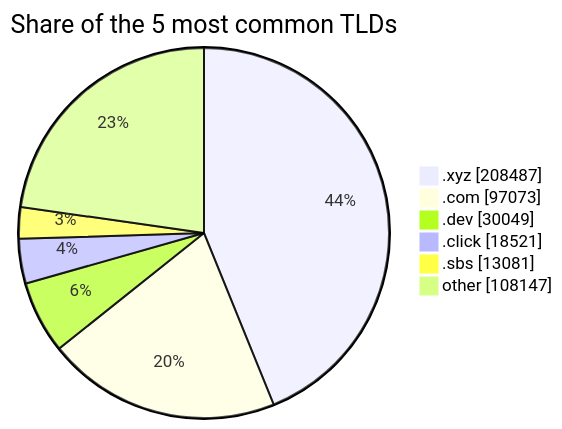
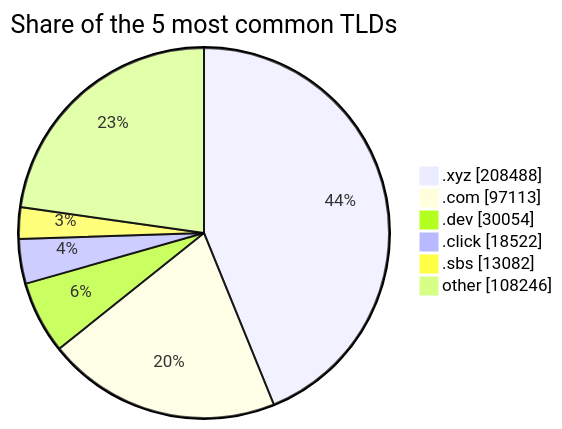
Before and after one commit to DNSBunker/CTI: the third of 3 diagrams in README.md, drawn with Mermaid. The commit also changed other lines of this file and 3 other files, not shown here.

````diff
--- a/README.md
+++ b/README.md
@@ -81,9 +81,9 @@
 ```mermaid
 pie showData title Share of the 5 most common TLDs
-    ".xyz" : 208487
-    ".com" : 97073
-    ".dev" : 30049
-    ".click" : 18521
-    ".sbs" : 13081
-    "other" : 108147
+    ".xyz" : 208488
+    ".com" : 97113
+    ".dev" : 30054
+    ".click" : 18522
+    ".sbs" : 13082
+    "other" : 108246
 ```
````
